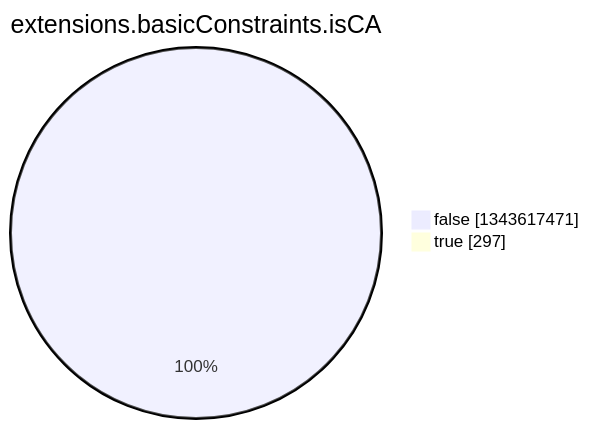
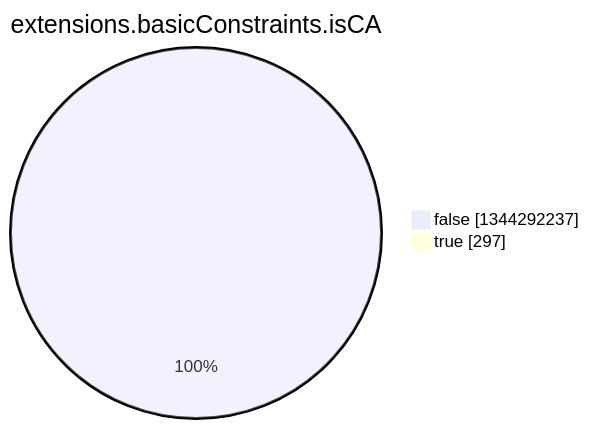
The eighth of 15 diagrams in argon2022/README.md (christiankrug/ctmonitor_visualization), drawn with Mermaid before and after one commit. The commit also changed other lines of this file, not shown here.

````diff
--- a/argon2022/README.md
+++ b/argon2022/README.md
@@ -2758,6 +2758,6 @@
 ```mermaid
 pie showData
 title extensions.basicConstraints.isCA
-"false" :1343617471
+"false" :1344292237
 "true" :297
 ```
````
